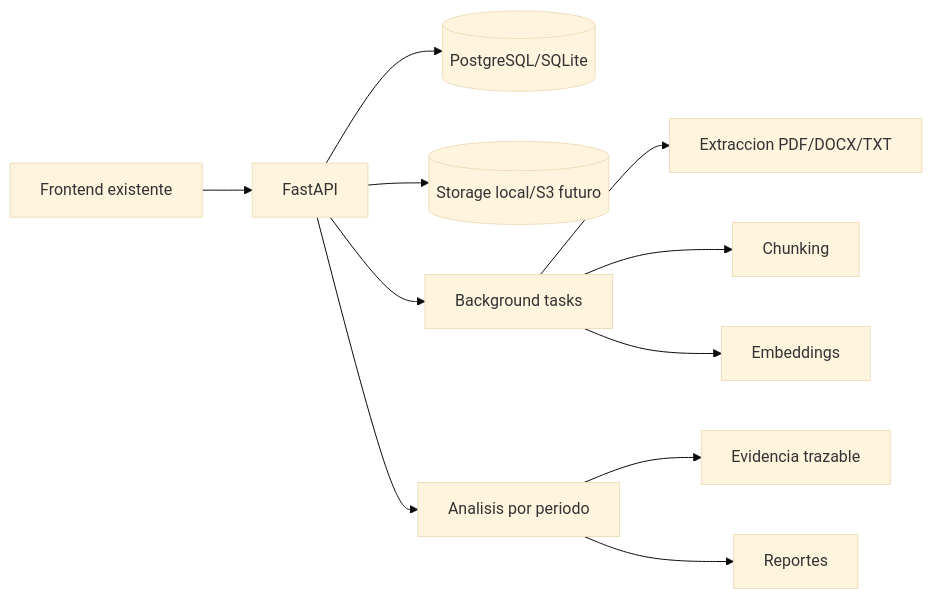
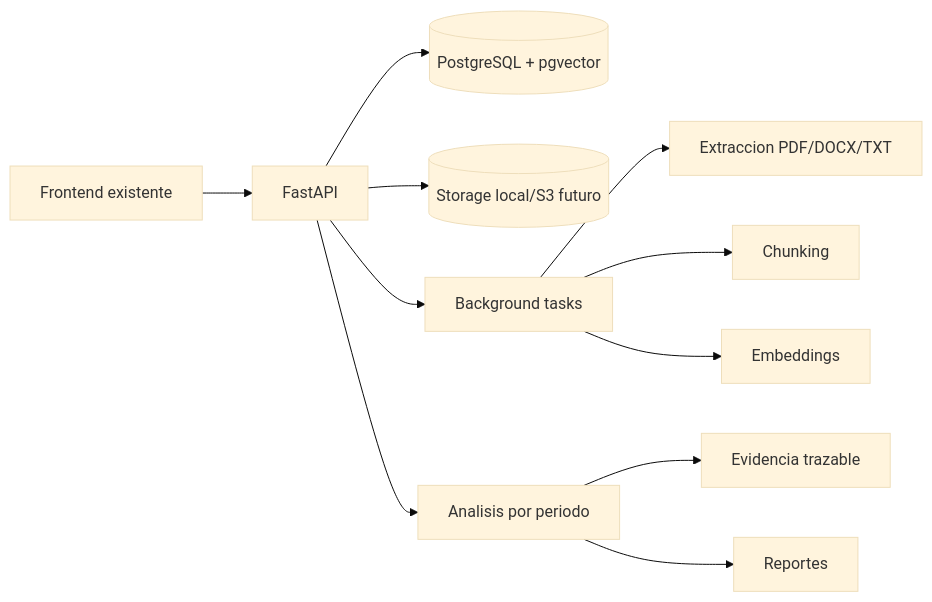
The diagram in docs/ARCHITECTURE.md (G2SantiRobeson/MVPFinalUltimoTodoListoDefinitivoIAA), drawn with Mermaid (base theme) before and after one commit. The commit also changed other lines of this file and 2 other files, not shown here.

````diff
--- a/docs/ARCHITECTURE.md
+++ b/docs/ARCHITECTURE.md
@@ -8,13 +8,13 @@
 ```mermaid
 flowchart LR
   UI[Frontend existente] --> API[FastAPI]
-  API --> DB[(PostgreSQL/SQLite)]
+  API --> DB[(PostgreSQL + pgvector)]
   API --> FS[(Storage local/S3 futuro)]
   API --> BG[Background tasks]
   BG --> DOC[Extraccion PDF/DOCX/TXT]
   BG --> CH[Chunking]
   BG --> EMB[Embeddings]
   API --> AN[Analisis por periodo]
   AN --> EV[Evidencia trazable]
   AN --> REP[Reportes]
 ```
````
